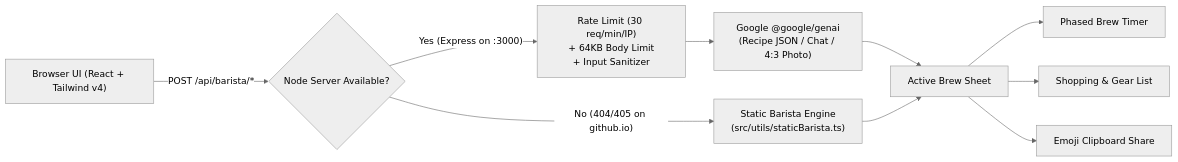
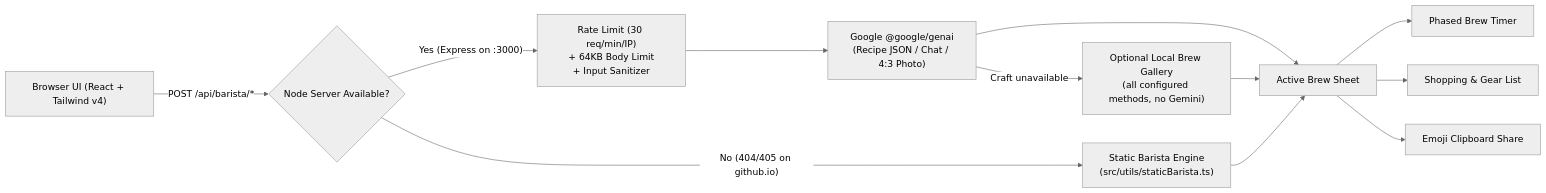
Before and after one commit to akarsh/The-Backyard-Barista: the first of 2 diagrams in docs/ARCHITECTURE.md, drawn with Mermaid (neutral theme). The commit also changed other lines of this file and 6 other files, not shown here.

First line of the commit message:
feat: add local brew previews and improve static recipe crafting

````diff
--- a/docs/ARCHITECTURE.md
+++ b/docs/ARCHITECTURE.md
@@ -13,14 +13,17 @@
 ```mermaid
 flowchart LR
     UI["Browser UI (React + Tailwind v4)"] -->|"POST /api/barista/*"| CHECK{"Node Server Available?"}
     CHECK -->|"Yes (Express on :3000)"| SEC["Rate Limit (30 req/min/IP)\n+ 64KB Body Limit\n+ Input Sanitizer"]
     SEC --> GEMINI["Google @google/genai\n(Recipe JSON / Chat / 4:3 Photo)"]
     GEMINI --> SHEET["Active Brew Sheet"]
 
     CHECK -->|"No (404/405 on github.io)"| STATIC["Static Barista Engine\n(src/utils/staticBarista.ts)"]
     STATIC --> SHEET
 
+    GEMINI -->|"Craft unavailable"| PREVIEWS["Optional Local Brew Gallery\n(all configured methods, no Gemini)"]
+    PREVIEWS --> SHEET
+
     SHEET --> TIMER["Phased Brew Timer"]
     SHEET --> LIST["Shopping & Gear List"]
     SHEET --> COPY["Emoji Clipboard Share"]
 ```
````
